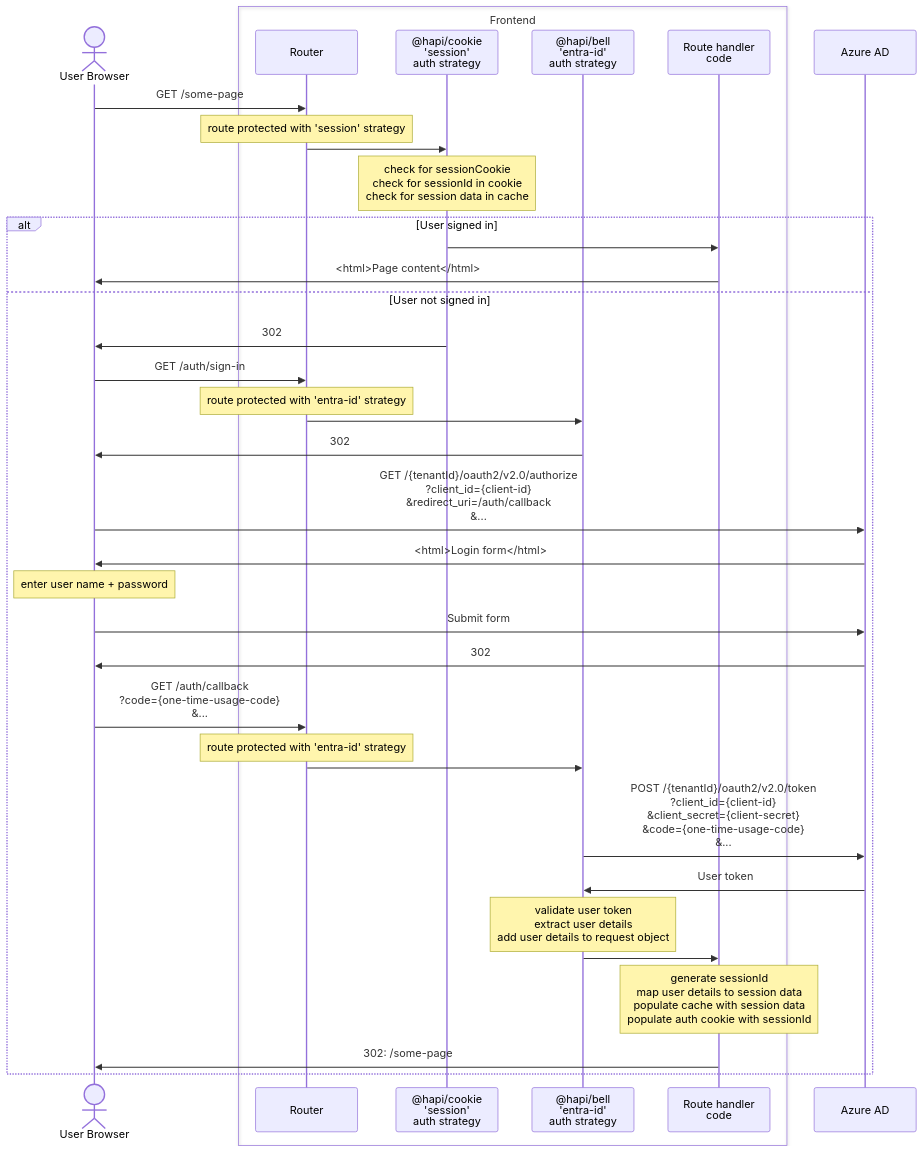
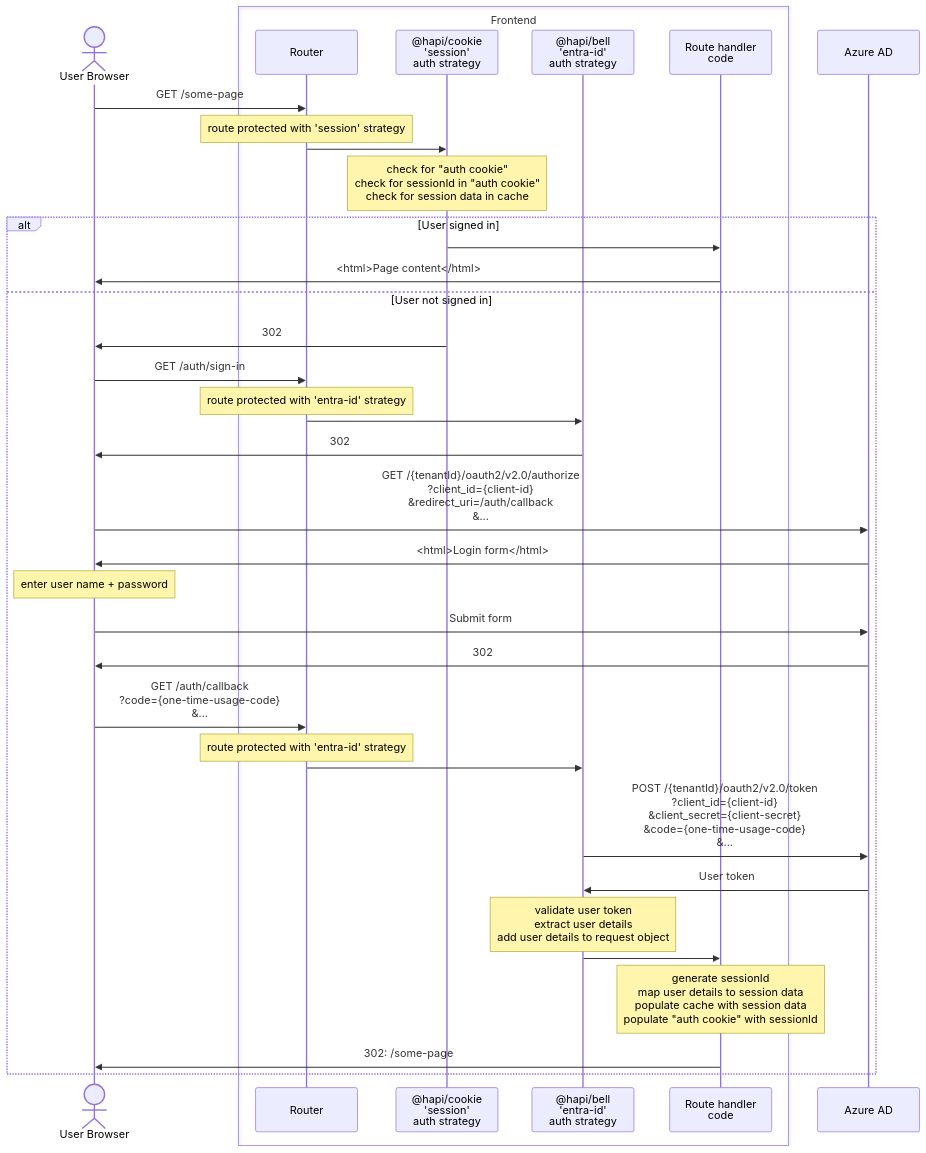
One commit to DEFRA/epr-backend changed the second of 2 diagrams in docs/architecture/discovery/pepr-lld-auth-admin-ui.md. Above: the diagram before and after it, drawn with Mermaid.

Commit message:
Consistently refer to auth cookie generated by @hapi/cookie

````diff
--- a/docs/architecture/discovery/pepr-lld-auth-admin-ui.md
+++ b/docs/architecture/discovery/pepr-lld-auth-admin-ui.md
@@ -90,42 +90,42 @@
 ```mermaid
 sequenceDiagram
 
 Actor U as User Browser
 box Frontend
   participant router as Router
   participant cookie as @hapi/cookie<br/>'session'<br/>auth strategy
   participant bell as @hapi/bell<br/>'entra-id'<br/>auth strategy
   participant route as Route handler<br/>code
 end
 participant AAD as Azure AD
 
 
 U->>router: GET /some-page
 note over router: route protected with 'session' strategy
 router->>cookie:
-note over cookie: check for sessionCookie<br/>check for sessionId in cookie<br/>check for session data in cache
+note over cookie: check for "auth cookie"<br/>check for sessionId in "auth cookie"<br/>check for session data in cache
 alt User signed in
   cookie->>route:
   route->>U: <html>Page content</html>
 else User not signed in
   cookie->>U: 302
   U->>router: GET /auth/sign-in
   note over router: route protected with 'entra-id' strategy
   router->>bell:
   bell->>U: 302
   U->>AAD: GET /{tenantId}/oauth2/v2.0/authorize<br/>?client_id={client-id}<br/>&redirect_uri=/auth/callback<br/>&...
   AAD->>U: <html>Login form</html>
   Note over U: enter user name + password
   U->>AAD: Submit form
   AAD->>U: 302
   U->>router: GET /auth/callback<br/>?code={one-time-usage-code}<br/>&...
   note over router: route protected with 'entra-id' strategy
   router->>bell:
   bell->>AAD: POST /{tenantId}/oauth2/v2.0/token<br/>?client_id={client-id}<br/>&client_secret={client-secret}<br/>&code={one-time-usage-code}<br/>&...
   AAD->>bell: User token
   Note over bell: validate user token<br/>extract user details<br/>add user details to request object
   bell->>route:
-  note over route: generate sessionId<br/>map user details to session data<br/>populate cache with session data<br/>populate auth cookie with sessionId
+  note over route: generate sessionId<br/>map user details to session data<br/>populate cache with session data<br/>populate "auth cookie" with sessionId
   route->>U: 302: /some-page
 end
 ```
````
